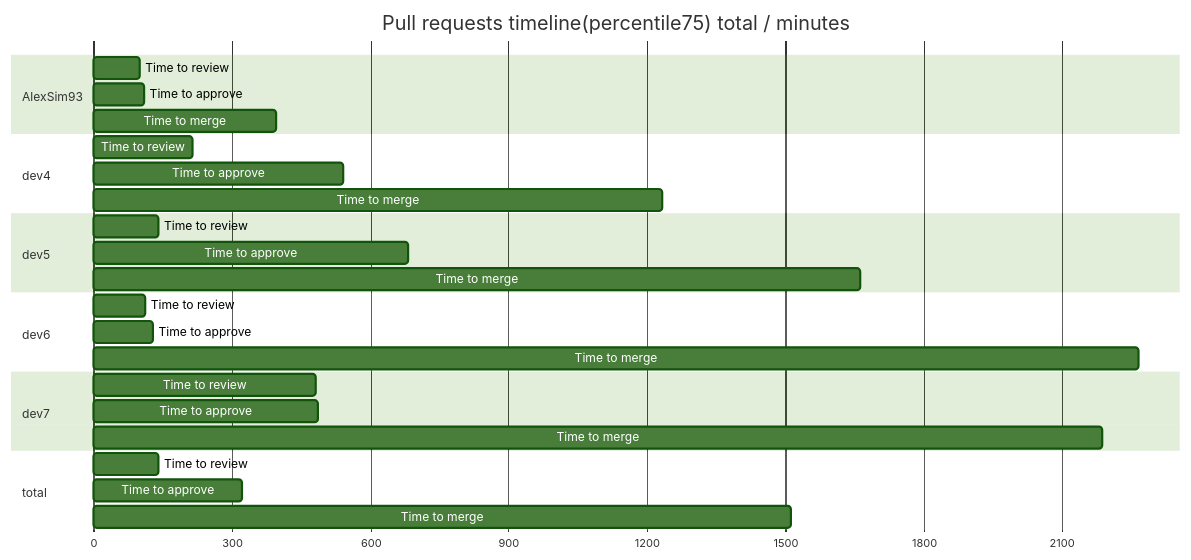
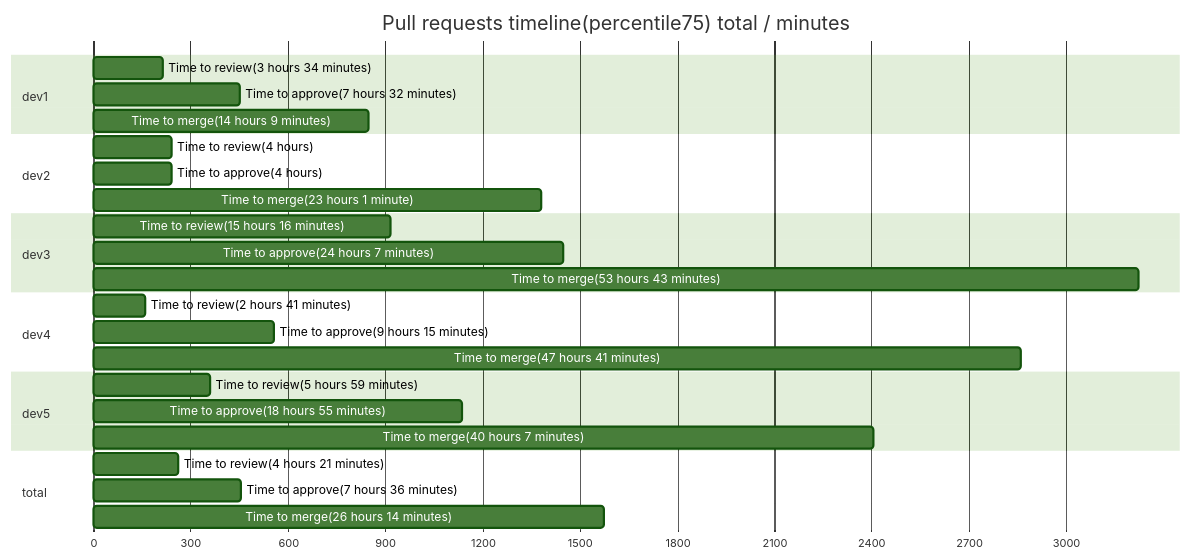
One commit to AlexSim93/pull-request-analytics-action changed the second of 2 diagrams in examples/nPRsReport.md. Above: the diagram before and after it, drawn with Mermaid (forest theme). The commit also changed other lines of this file and 1 other file, not shown here.

````diff
--- a/examples/nPRsReport.md
+++ b/examples/nPRsReport.md
@@ -324,36 +154,36 @@
 ```mermaid
 gantt
 title Pull requests timeline(percentile75) total / minutes
 dateFormat X
 axisFormat %s
-section AlexSim93
-                Time to review :  0, 99
-Time to approve :  0, 110
-Time to merge :  0, 395
+section dev1
+                Time to review(3 hours 34 minutes) :  0, 214
+Time to approve(7 hours 32 minutes) :  0, 452
+Time to merge(14 hours 9 minutes) :  0, 849
+
+section dev2
+                Time to review(4 hours) :  0, 240
+Time to approve(4 hours) :  0, 240
+Time to merge(23 hours 1 minute) :  0, 1381
+
+section dev3
+                Time to review(15 hours 16 minutes) :  0, 916
+Time to approve(24 hours 7 minutes) :  0, 1447
+Time to merge(53 hours 43 minutes) :  0, 3223
 
 section dev4
-                Time to review :  0, 215
-Time to approve :  0, 542
-Time to merge :  0, 1233
+                Time to review(2 hours 41 minutes) :  0, 161
+Time to approve(9 hours 15 minutes) :  0, 555
+Time to merge(47 hours 41 minutes) :  0, 2861
 
 section dev5
-                Time to review :  0, 141
-Time to approve :  0, 683
-Time to merge :  0, 1663
-
-section dev6
-                Time to review :  0, 112
-Time to approve :  0, 129
-Time to merge :  0, 2266
-
-section dev7
-                Time to review :  0, 482
-Time to approve :  0, 486
-Time to merge :  0, 2187
+                Time to review(5 hours 59 minutes) :  0, 359
+Time to approve(18 hours 55 minutes) :  0, 1135
+Time to merge(40 hours 7 minutes) :  0, 2407
 
 section total
-                Time to review :  0, 141
-Time to approve :  0, 323
-Time to merge :  0, 1513
+                Time to review(4 hours 21 minutes) :  0, 261
+Time to approve(7 hours 36 minutes) :  0, 456
+Time to merge(26 hours 14 minutes) :  0, 1574
 
 ```
````
